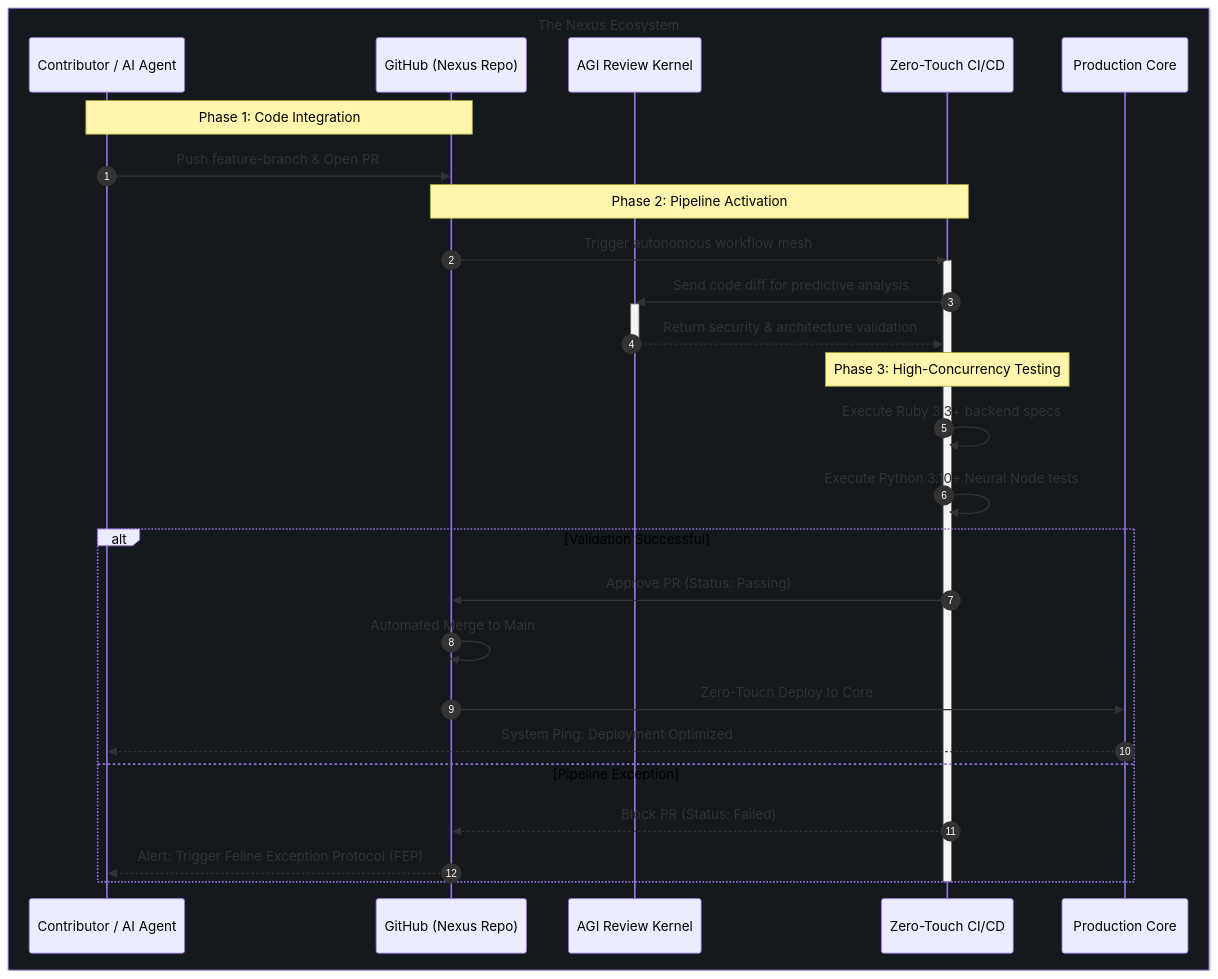
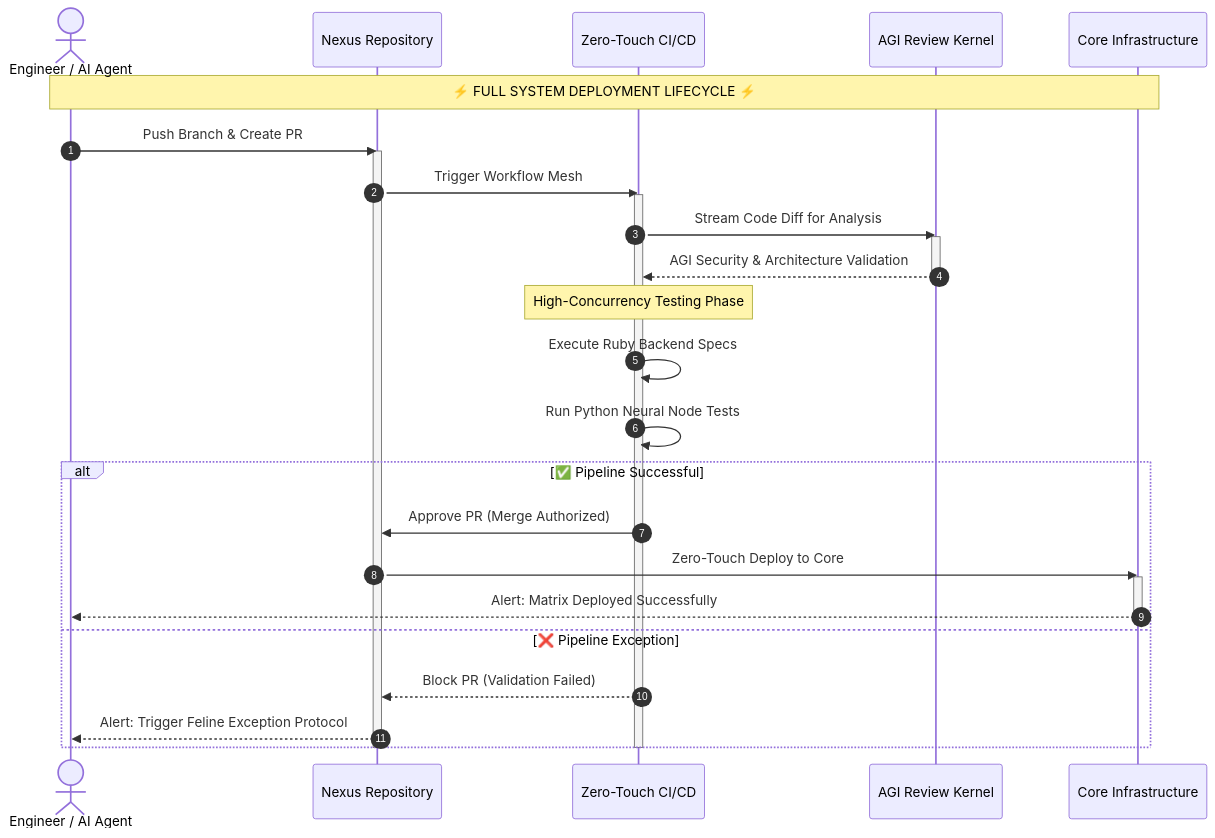
The diagram in CONTRIBUTING.md (iftu8/digital-products), drawn with Mermaid before and after one commit. The commit also changed other lines of this file, not shown here.

````diff
--- a/CONTRIBUTING.md
+++ b/CONTRIBUTING.md
@@ -36,39 +63,41 @@
 ```mermaid
 sequenceDiagram
     autonumber
     
-    box rgb(20, 25, 30) The Nexus Ecosystem
-        participant Dev as Contributor / AI Agent
-        participant Git as GitHub (Nexus Repo)
-        participant AI as AGI Review Kernel
-        participant CI as Zero-Touch CI/CD
-        participant Prod as Production Core
-    end
+    actor Dev as Engineer / AI Agent
+    participant Repo as Nexus Repository
+    participant CI as Zero-Touch CI/CD
+    participant Kernel as AGI Review Kernel
+    participant Prod as Core Infrastructure
 
-    Note over Dev,Git: Phase 1: Code Integration
-    Dev->>Git: Push feature-branch & Open PR
+    Note over Dev,Prod: ⚡ FULL SYSTEM DEPLOYMENT LIFECYCLE ⚡
     
-    Note over Git,CI: Phase 2: Pipeline Activation
-    Git->>CI: Trigger autonomous workflow mesh
+    Dev->>Repo: Push Branch & Create PR
+    activate Repo
+    
+    Repo->>CI: Trigger Workflow Mesh
     activate CI
     
-    CI->>AI: Send code diff for predictive analysis
-    activate AI
-    AI-->>CI: Return security & architecture validation
-    deactivate AI
+    CI->>Kernel: Stream Code Diff for Analysis
+    activate Kernel
+    Kernel-->>CI: AGI Security & Architecture Validation
+    deactivate Kernel
     
-    Note over CI: Phase 3: High-Concurrency Testing
-    CI->>CI: Execute Ruby 3.3+ backend specs
-    CI->>CI: Execute Python 3.10+ Neural Node tests
+    Note over CI: High-Concurrency Testing Phase
+    CI->>CI: Execute Ruby Backend Specs
+    CI->>CI: Run Python Neural Node Tests
     
-    alt Validation Successful
-        CI->>Git: Approve PR (Status: Passing)
-        Git->>Git: Automated Merge to Main
-        Git->>Prod: Zero-Touch Deploy to Core
-        Prod-->>Dev: System Ping: Deployment Optimized
-    else Pipeline Exception
-        CI-->>Git: Block PR (Status: Failed)
-        Git-->>Dev: Alert: Trigger Feline Exception Protocol (FEP)
+    alt ✅ Pipeline Successful
+        CI->>Repo: Approve PR (Merge Authorized)
+        Repo->>Prod: Zero-Touch Deploy to Core
+        activate Prod
+        Prod-->>Dev: Alert: Matrix Deployed Successfully
+        deactivate Prod
+    else ❌ Pipeline Exception
+        CI-->>Repo: Block PR (Validation Failed)
+        Repo-->>Dev: Alert: Trigger Feline Exception Protocol
     end
+    
     deactivate CI
+    deactivate Repo
 ```
````
